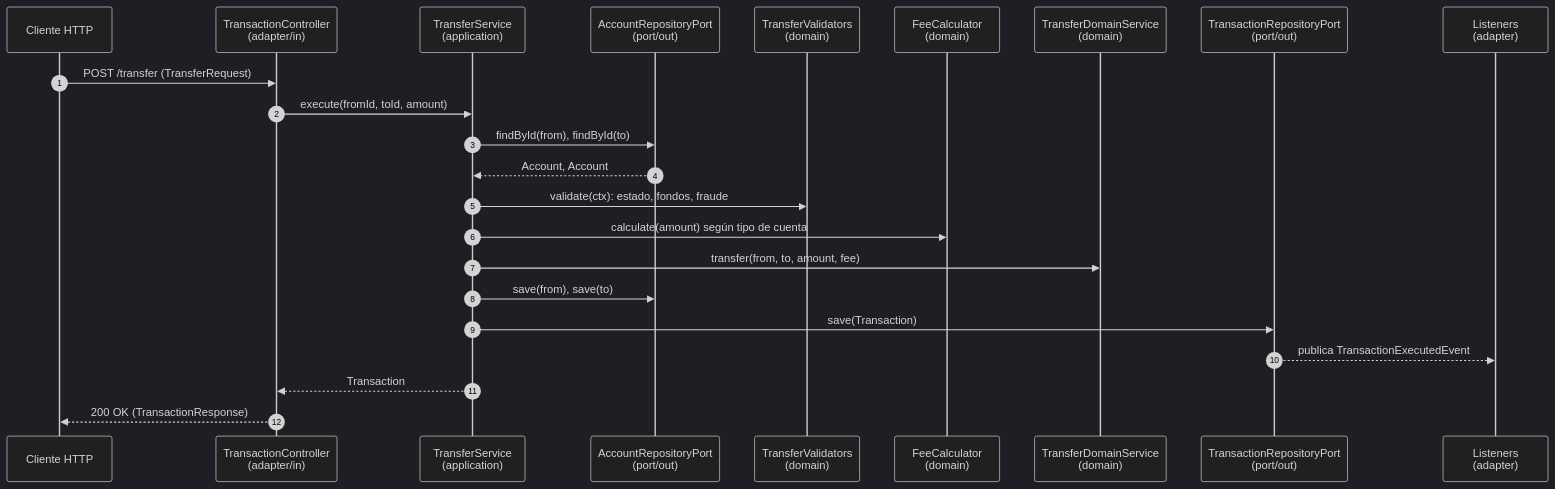
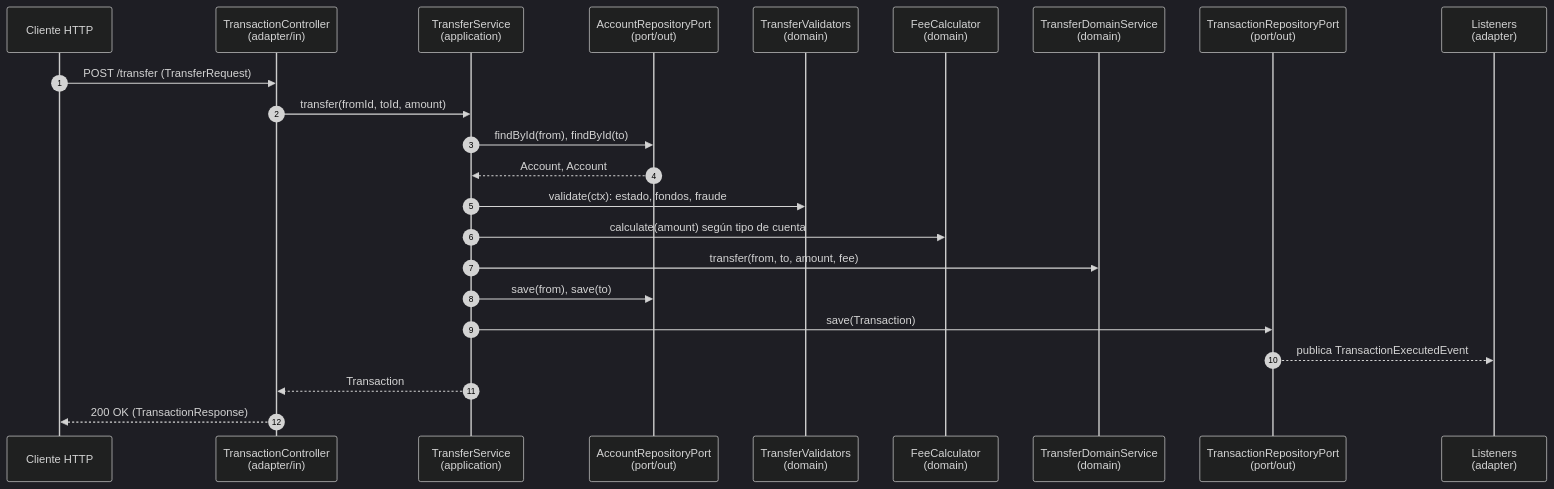
Before and after one commit to Mikkew/atlas-bank: the second of 2 diagrams in docs/arquitectura-hexagonal.md, drawn with Mermaid (dark theme). The commit also changed other lines of this file, not shown here.

First line of the commit message:
Update hexagonal architecture guide after input-port migration

````diff
--- a/docs/arquitectura-hexagonal.md
+++ b/docs/arquitectura-hexagonal.md
@@ -314,26 +339,26 @@
 ```mermaid
 sequenceDiagram
     autonumber
     participant C as Cliente HTTP
     participant TC as TransactionController<br/>(adapter/in)
     participant TS as TransferService<br/>(application)
     participant AR as AccountRepositoryPort<br/>(port/out)
     participant V as TransferValidators<br/>(domain)
     participant F as FeeCalculator<br/>(domain)
     participant DS as TransferDomainService<br/>(domain)
     participant TR as TransactionRepositoryPort<br/>(port/out)
     participant L as Listeners<br/>(adapter)
 
     C->>TC: POST /transfer (TransferRequest)
-    TC->>TS: execute(fromId, toId, amount)
+    TC->>TS: transfer(fromId, toId, amount)
     TS->>AR: findById(from), findById(to)
     AR-->>TS: Account, Account
     TS->>V: validate(ctx): estado, fondos, fraude
     TS->>F: calculate(amount) según tipo de cuenta
     TS->>DS: transfer(from, to, amount, fee)
     TS->>AR: save(from), save(to)
     TS->>TR: save(Transaction)
     TR-->>L: publica TransactionExecutedEvent
     TS-->>TC: Transaction
     TC-->>C: 200 OK (TransactionResponse)
 ```
````
